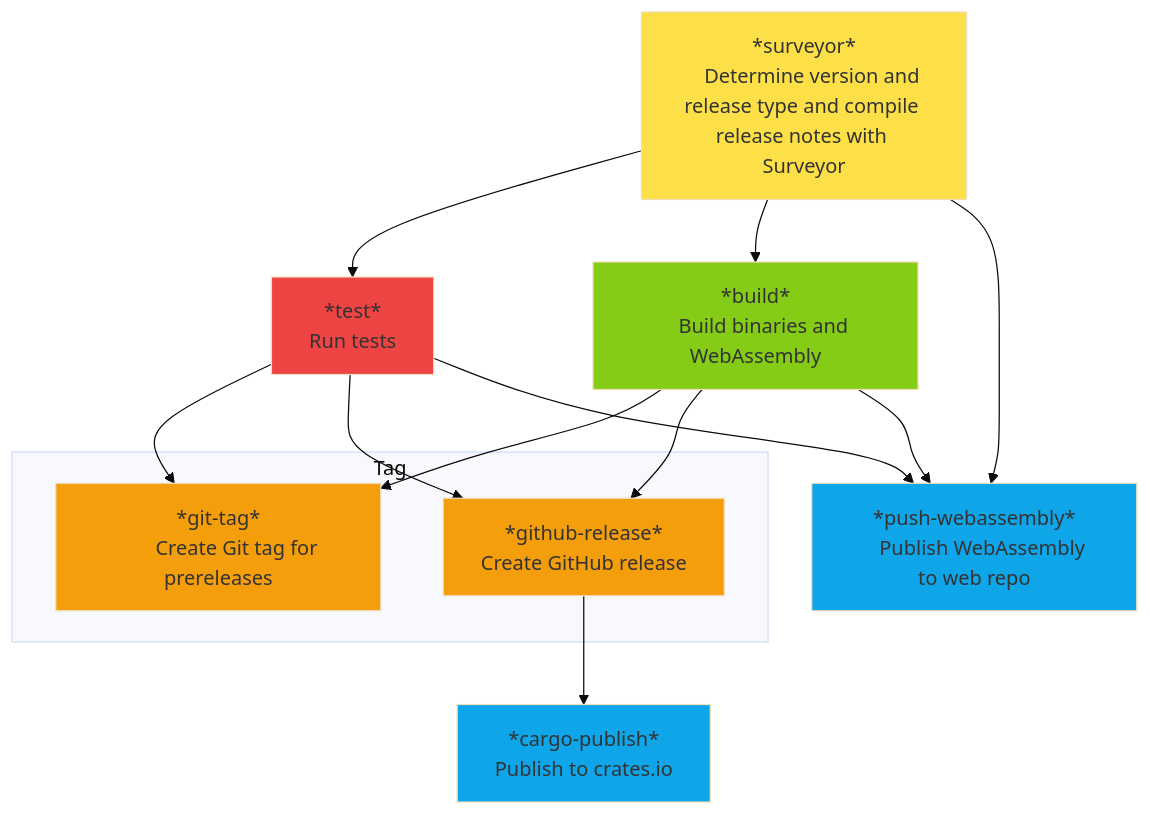
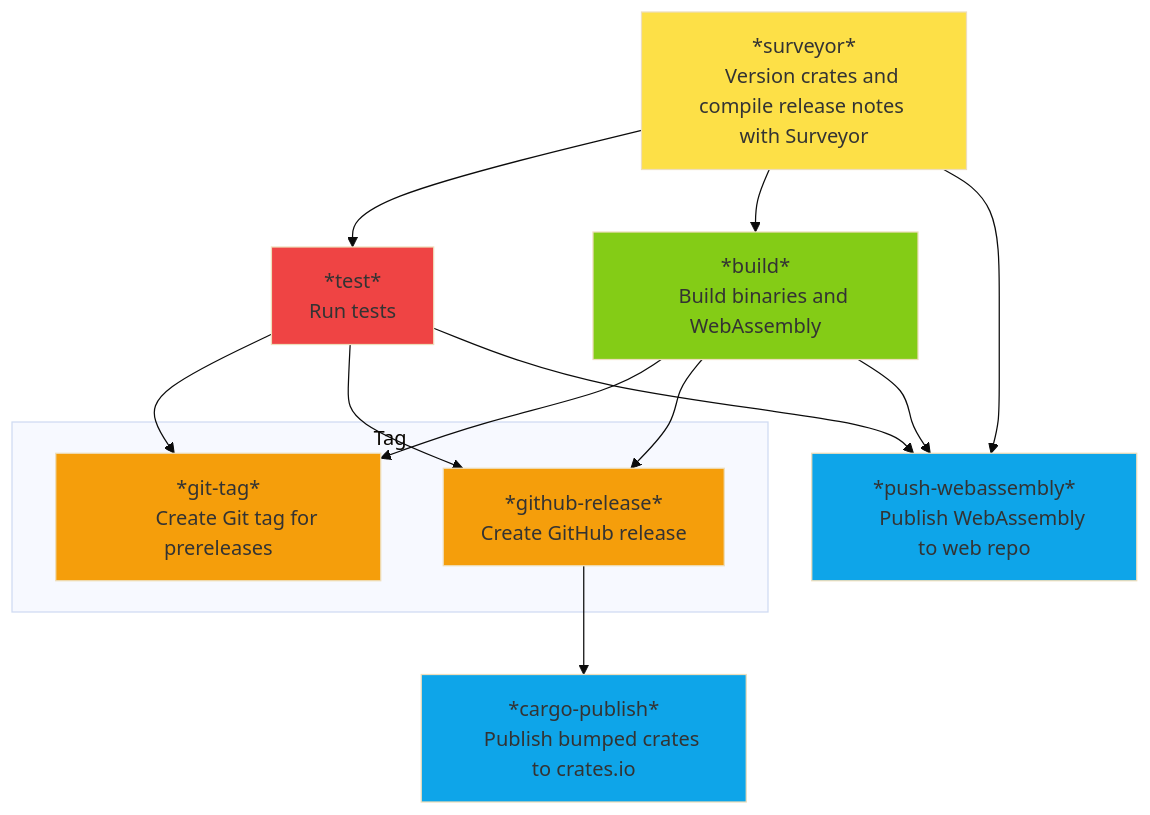
Before and after one commit to StudioLE/Actions: the second of 4 diagrams in README.md, drawn with Mermaid (base theme). The commit also changed other lines of this file and 8 other files, not shown here.

````diff
--- a/README.md
+++ b/README.md
@@ -86,46 +86,46 @@
 ```mermaid
 flowchart TD
     surveyor[*surveyor*
-    Determine version and release type and compile release notes with Surveyor]:::SURVEYOR
+    Version crates and compile release notes with Surveyor]:::SURVEYOR
 
     test[*test*
     Run tests]:::TEST
 
     build[*build*
     Build binaries and WebAssembly]:::BUILD
 
     subgraph TAG[Tag]
         git-tag[*git-tag*
         Create Git tag for prereleases]:::RELEASE
         github-release[*github-release*
         Create GitHub release]:::RELEASE
     end
 
     cargo-publish[*cargo-publish*
-    Publish to crates.io]:::PUSH
+    Publish bumped crates to crates.io]:::PUSH
     push-webassembly[*push-webassembly*
     Publish WebAssembly to web repo]:::PUSH
 
     %% Main workflow connections
     surveyor --> test
     surveyor --> build
 
     test --> git-tag
     build --> git-tag
 
     test --> github-release
     build --> github-release
 
     github-release --> cargo-publish
 
     surveyor --> push-webassembly
     test --> push-webassembly
     build --> push-webassembly
 
     %% Styling with Tailwind colors
     classDef SURVEYOR fill:#fde047
     classDef TEST fill:#ef4444
     classDef BUILD fill:#84cc16
     classDef RELEASE fill:#f59e0b
     classDef PUSH fill:#0ea5e9
 ```
````
